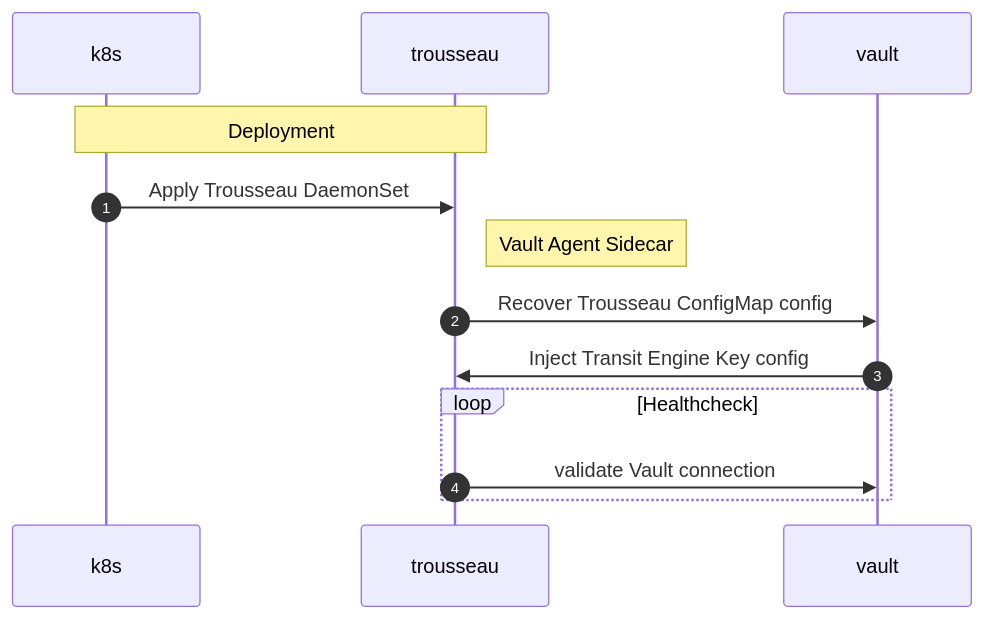
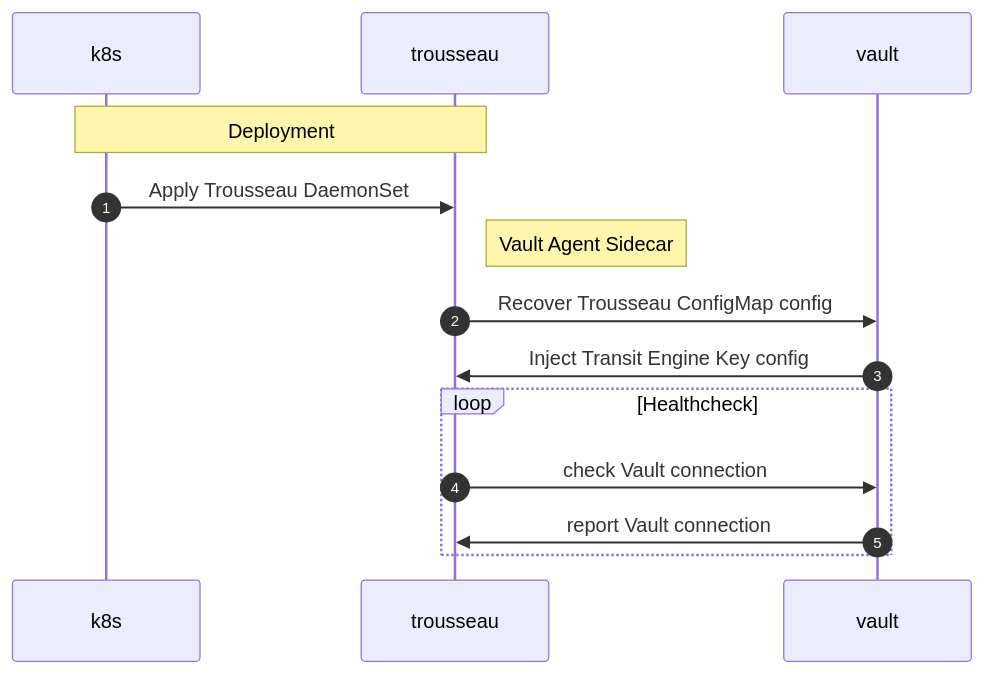
Before and after one commit to beezy-sh/refactored-lamp: the third of 5 diagrams in docs/trousseau/architecture.md, drawn with Mermaid. The commit also changed other lines of this file, not shown here.

Commit message:
moving to draft mode

````diff
--- a/docs/trousseau/architecture.md
+++ b/docs/trousseau/architecture.md
@@ -127,15 +127,16 @@
 ```mermaid
 sequenceDiagram
 participant k8s
 participant trousseau
 participant vault
 autonumber
   Note over k8s,trousseau: Deployment
   k8s->>trousseau: Apply Trousseau DaemonSet
   Note right of trousseau: Vault Agent Sidecar
   trousseau->>vault: Recover Trousseau ConfigMap config
   vault->>trousseau: Inject Transit Engine Key config
   loop Healthcheck
-      trousseau->>vault: validate Vault connection
+      trousseau->>vault: check Vault connection
+      vault->>trousseau: report Vault connection
   end
 ```
````
